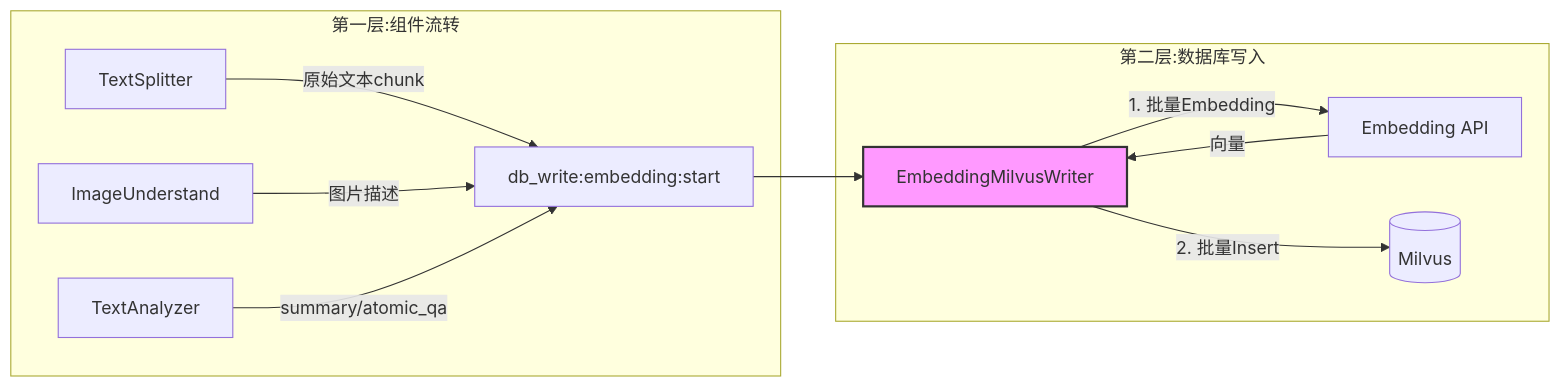
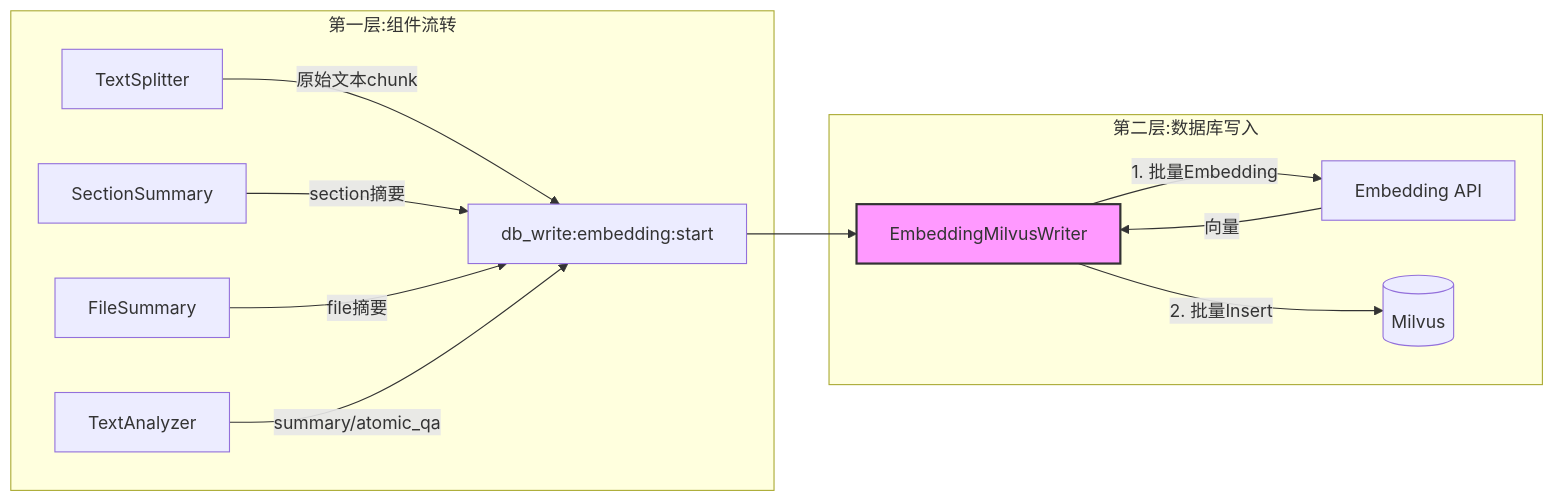
One commit to caixiongjiang/agentic_knowledge_system changed the second of 12 diagrams in docs/通用文件和工作空间文件知识库/通用文件索引高性能架构设计.md. Above: the diagram before and after it, drawn with Mermaid. The commit also changed other lines of this file and 3 other files, not shown here.

````diff
--- a/docs/通用文件和工作空间文件知识库/通用文件索引高性能架构设计.md
+++ b/docs/通用文件和工作空间文件知识库/通用文件索引高性能架构设计.md
@@ -134,17 +152,18 @@
 ```mermaid
 graph LR
     subgraph 第一层-组件流转[第一层:组件流转]
         A[TextSplitter] -->|原始文本chunk| T1[db_write:embedding:start]
-        B[ImageUnderstand] -->|图片描述| T1
-        C[TextAnalyzer] -->|summary/atomic_qa| T1
+        B[SectionSummary] -->|section摘要| T1
+        C[FileSummary] -->|file摘要| T1
+        D[TextAnalyzer] -->|summary/atomic_qa| T1
     end
     
     subgraph 第二层-数据库写入[第二层:数据库写入]
         T1 --> W[EmbeddingMilvusWriter]
         W -->|1. 批量Embedding| E[Embedding API]
         E -->|向量| W
         W -->|2. 批量Insert| M[(Milvus)]
     end
     
     style W fill:#f9f,stroke:#333,stroke-width:2px
 ```
````
